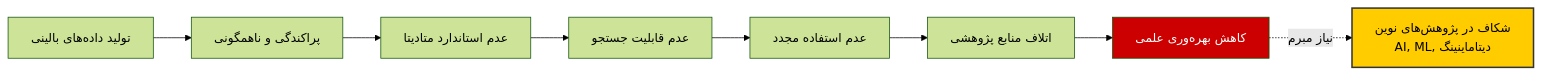
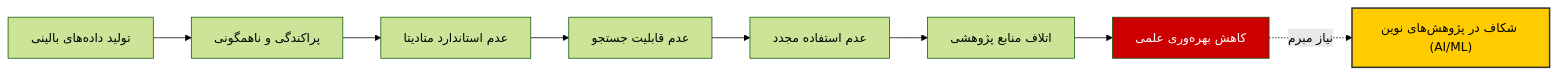
Before and after one commit to hadisadoghiyazdi1971/hadisadoghiyazdi1971.github.io: the third of 15 diagrams in presentation/DataBase_MediacalUniversity.md, drawn with Mermaid (forest theme). The commit also changed other lines of this file, not shown here.

````diff
--- a/presentation/DataBase_MediacalUniversity.md
+++ b/presentation/DataBase_MediacalUniversity.md
@@ -118,14 +118,15 @@
 ```mermaid
 flowchart LR
-    A[تولید داده‌های بالینی] --> B[پراکندگی و ناهمگونی]
-    B --> C[عدم استاندارد متادیتا]
-    C --> D[عدم قابلیت جستجو]
-    D --> E[عدم استفاده مجدد]
-    E --> F[اتلاف منابع پژوهشی]
-    F --> G[کاهش بهره‌وری علمی]
+    direction LR
+    A["تولید داده‌های بالینی"] --> B["پراکندگی و ناهمگونی"]
+    B --> C["عدم استاندارد متادیتا"]
+    C --> D["عدم قابلیت جستجو"]
+    D --> E["عدم استفاده مجدد"]
+    E --> F["اتلاف منابع پژوهشی"]
+    F --> G["کاهش بهره‌وری علمی"]
     
-    G -.->|نیاز مبرم| H[شکاف در پژوهش‌های نوین<br/>AI, ML, دیتاماینینگ]
+    G -.->|"نیاز مبرم"| H["شکاف در پژوهش‌های نوین (AI/ML)"]
 
     style G fill:#cc0000,color:#fff
     style H fill:#ffcc00,stroke:#333,stroke-width:2px
 ```
````
